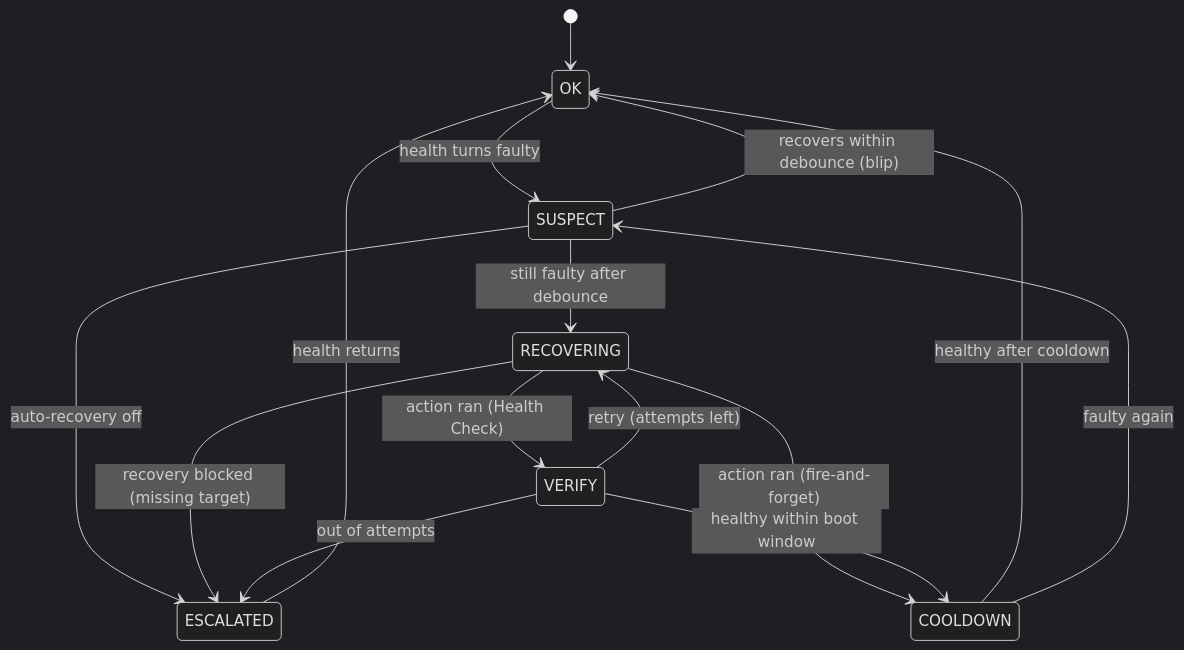
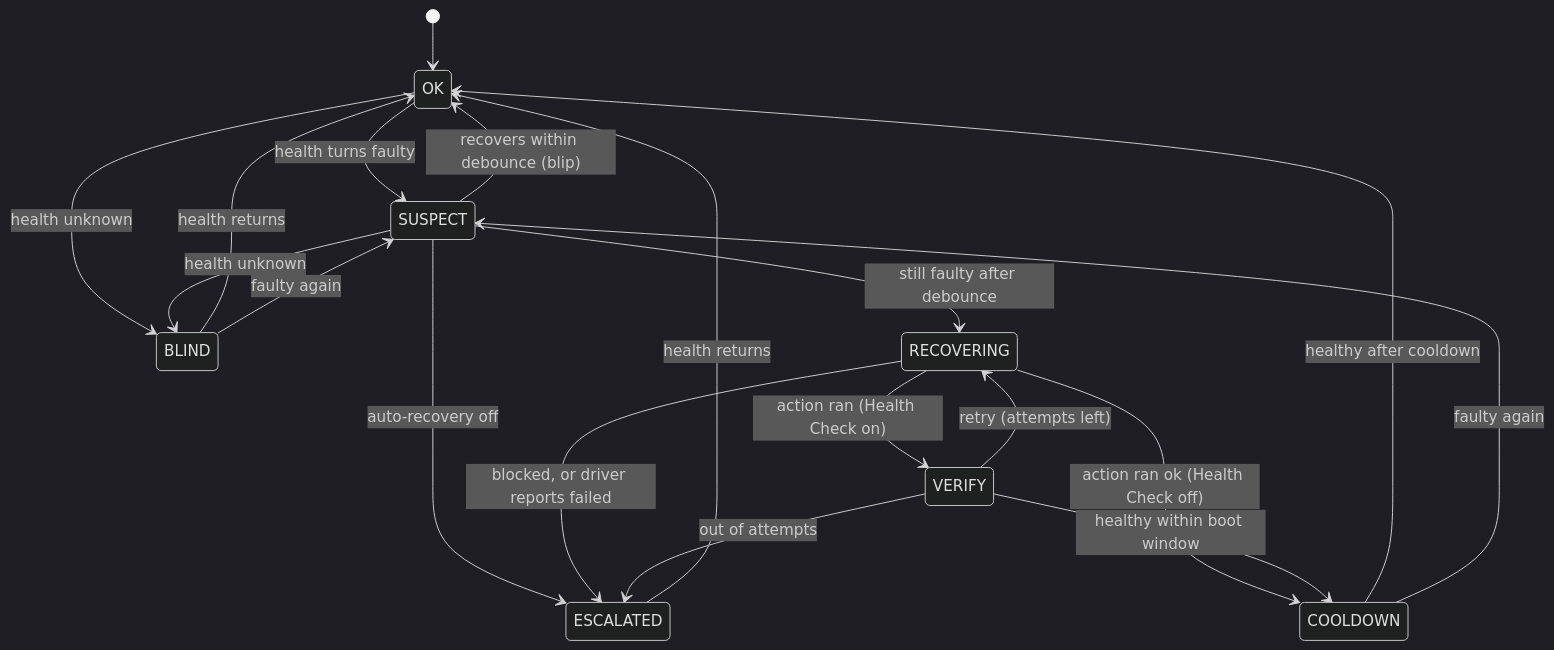
The diagram in README.md (MrTomRocker/necromancer), drawn with Mermaid (dark theme) before and after one commit.

Commit message:
docs(readme): add blind + Model B to the lifecycle state diagram
The state diagram was the one spot left simplified: it now shows the `blind`
state (OK/SUSPECT → BLIND on unknown health, BLIND → OK/SUSPECT when it reads
again) and the no-Health-Check edges reflect the driver verdict (→ COOLDOWN when
the driver reports ok, → ESCALATED when blocked or the driver reports failed)
instead of the old "fire-and-forget / missing target" labels.

````diff
--- a/README.md
+++ b/README.md
@@ -199,17 +199,21 @@
 ```mermaid
 stateDiagram-v2
     [*] --> OK
     OK --> SUSPECT: health turns faulty
+    OK --> BLIND: health unknown
     SUSPECT --> OK: recovers within debounce (blip)
+    SUSPECT --> BLIND: health unknown
     SUSPECT --> ESCALATED: auto-recovery off
     SUSPECT --> RECOVERING: still faulty after debounce
-    RECOVERING --> VERIFY: action ran (Health Check)
-    RECOVERING --> COOLDOWN: action ran (fire-and-forget)
-    RECOVERING --> ESCALATED: recovery blocked (missing target)
+    BLIND --> OK: health returns
+    BLIND --> SUSPECT: faulty again
+    RECOVERING --> VERIFY: action ran (Health Check on)
+    RECOVERING --> COOLDOWN: action ran ok (Health Check off)
+    RECOVERING --> ESCALATED: blocked, or driver reports failed
     VERIFY --> COOLDOWN: healthy within boot window
     VERIFY --> RECOVERING: retry (attempts left)
     VERIFY --> ESCALATED: out of attempts
     COOLDOWN --> OK: healthy after cooldown
     COOLDOWN --> SUSPECT: faulty again
     ESCALATED --> OK: health returns
 ```
````
